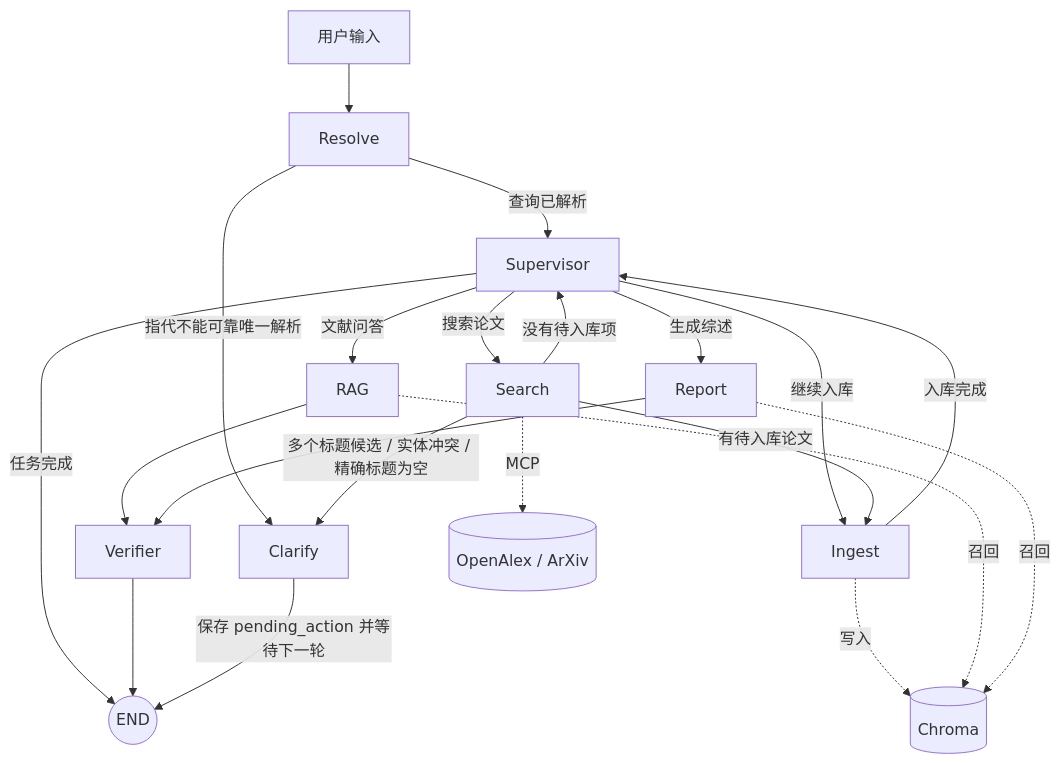
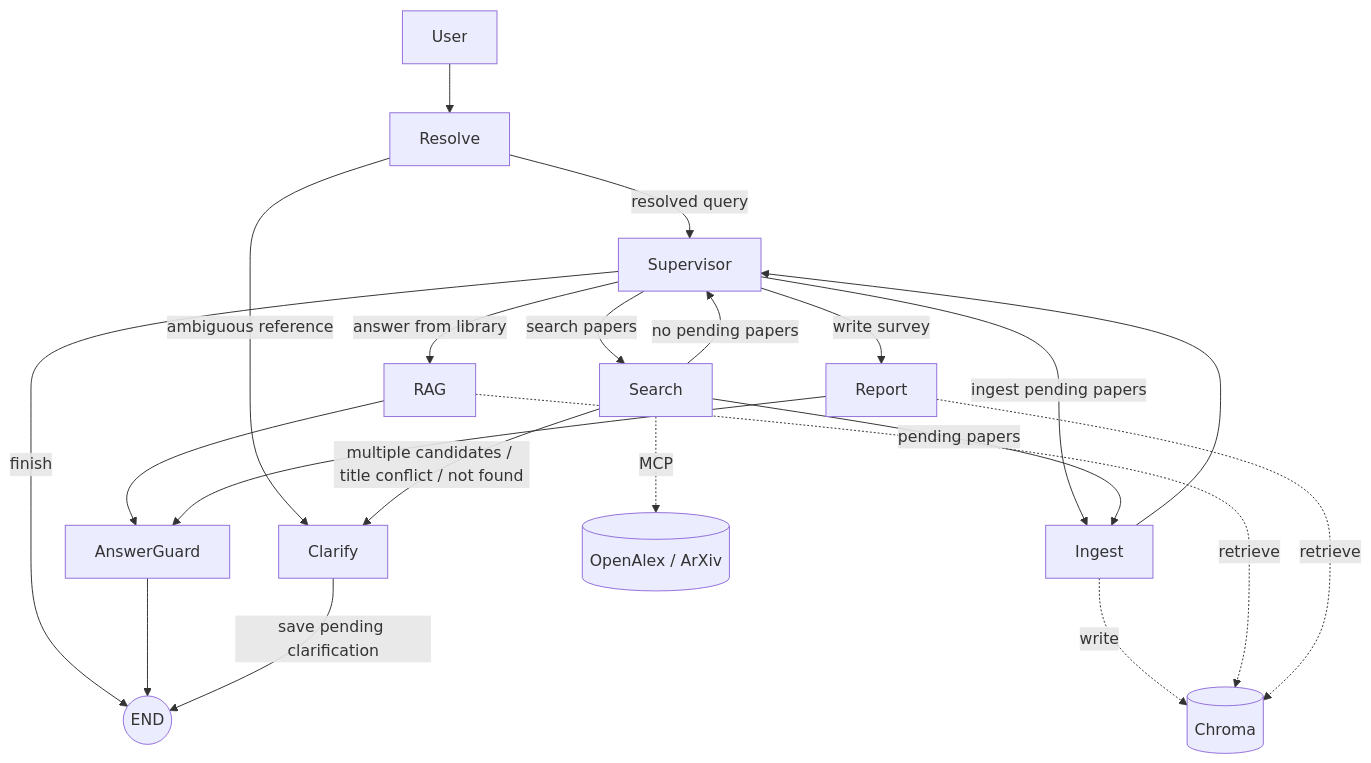
The first of 2 diagrams in README.md (HZ3568/paper-guide), drawn with Mermaid before and after one commit. The commit also changed other lines of this file and 48 other files, not shown here.

````diff
--- a/README.md
+++ b/README.md
@@ -23,26 +29,26 @@
 ```mermaid
 flowchart TD
-    U[用户输入] --> R[Resolve]
-    R -->|查询已解析| S[Supervisor]
-    R -->|指代不能可靠唯一解析| C[Clarify]
+    U[User] --> R[Resolve]
+    R -->|resolved query| S[Supervisor]
+    R -->|ambiguous reference| C[Clarify]
 
-    S -->|搜索论文| Search[Search]
-    S -->|继续入库| Ingest[Ingest]
-    S -->|文献问答| RAG[RAG]
-    S -->|生成综述| Report[Report]
-    S -->|任务完成| End((END))
+    S -->|search papers| Search[Search]
+    S -->|ingest pending papers| Ingest[Ingest]
+    S -->|answer from library| RAG[RAG]
+    S -->|write survey| Report[Report]
+    S -->|finish| End((END))
 
-    Search -->|多个标题候选 / 实体冲突 / 精确标题为空| C
-    Search -->|有待入库论文| Ingest
-    Search -->|没有待入库项| S
-    Ingest -->|入库完成| S
-    RAG --> Verify[Verifier]
+    Search -->|multiple candidates / title conflict / not found| C
+    Search -->|pending papers| Ingest
+    Search -->|no pending papers| S
+    Ingest --> S
+    RAG --> Verify[AnswerGuard]
+    Report --> Verify
     Verify --> End
-    Report --> Verify
-    C -->|保存 pending_action 并等待下一轮| End
+    C -->|save pending clarification| End
 
     Search -. MCP .-> Sources[(OpenAlex / ArXiv)]
-    Ingest -. 写入 .-> Chroma[(Chroma)]
-    RAG -. 召回 .-> Chroma
-    Report -. 召回 .-> Chroma
+    Ingest -. write .-> Chroma[(Chroma)]
+    RAG -. retrieve .-> Chroma
+    Report -. retrieve .-> Chroma
 ```
````
